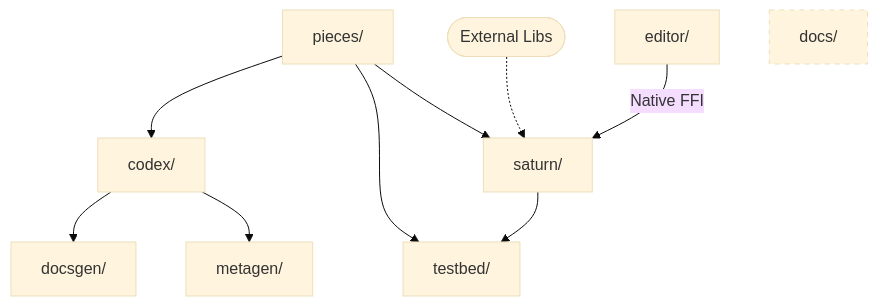
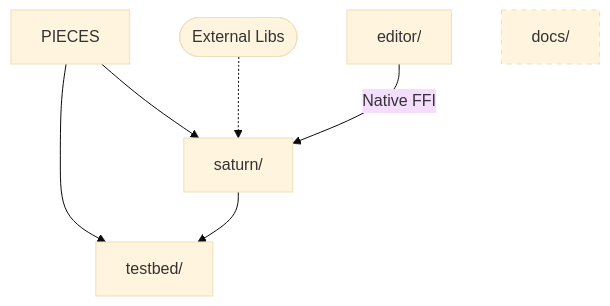
Before and after one commit to WilliamKarolDiCioccio/saturn: the diagram in docs/src/mmds/dependency_hierarchy.mmd, drawn with Mermaid (base theme). The commit also changed 11 other files, not shown here.

Commit message:
chore: removed all references to Codex and docsgen

```diff
--- a/docs/src/mmds/dependency_hierarchy.mmd
+++ b/docs/src/mmds/dependency_hierarchy.mmd
@@ -1,20 +1,15 @@
 graph TD
     %% Base Layer
-    PIECES[pieces/] --> CODEX[codex/]
     PIECES --> SATURN[saturn/]
     PIECES --> TESTBED[testbed/]
-
-    %% Codex Branch
-    CODEX --> DOCSGEN[docsgen/]
-    CODEX --> METAGEN[metagen/]
 
     %% Saturn Branch
     EXT_LIBS([External Libs]) -.-> SATURN
     SATURN --> TESTBED
 
     %% Independent/Special Relationship
     EDITOR[editor/] -- "Native FFI" --> SATURN
     DOCS[docs/]
 
     %% Styling
     style DOCS stroke-dasharray: 5 5
```
